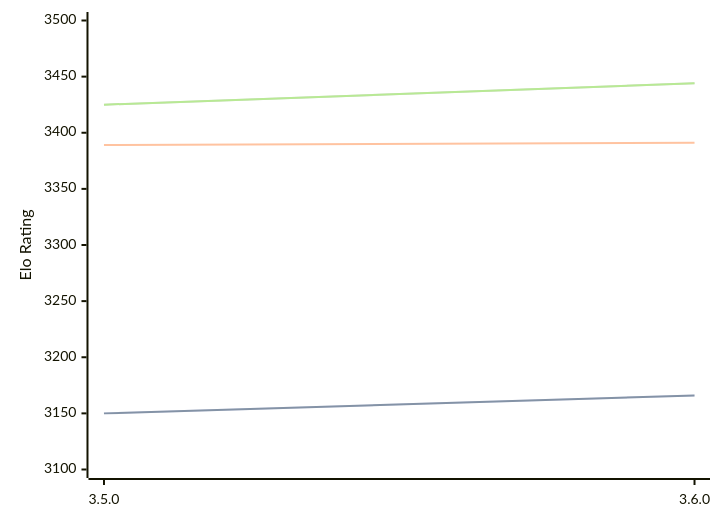
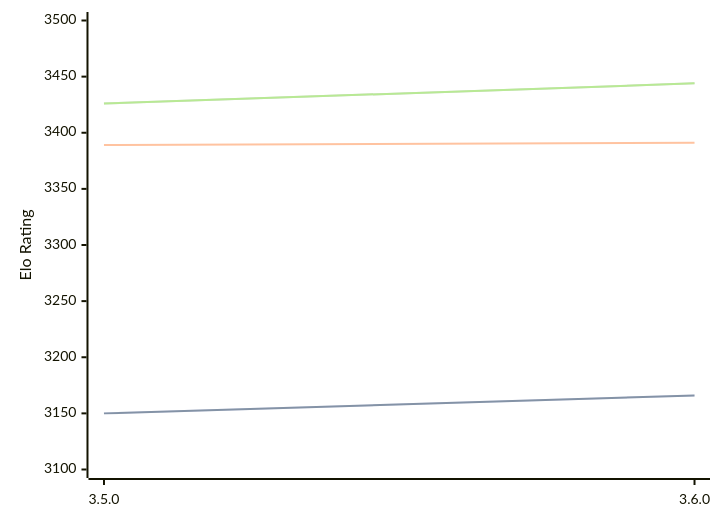
Before and after one commit to computer-chess-index/cci: the first of 3 diagrams in engines/Igel.md, drawn with Mermaid. The commit also changed other lines of this file, not shown here.

Commit message:
Update CCI Ratings (ELO VLTC) - 2026-07-17

````diff
--- a/engines/Igel.md
+++ b/engines/Igel.md
@@ -68,11 +68,11 @@
 ```mermaid
 %%{init: {"theme":"base","themeVariables":{"seriesColors:['#a3a3a3','#222221','#faa371']}}}%%
 xychart-beta
   x-axis ["3.5.0", "3.6.0"]
   y-axis "Elo Rating" 3100 --> 3500
   line "STC (8.0+0.08s)" [3150, 3166]
   line "STC (8.0+0.08s)" [3150, 3166]
   line "LTC (60.0+0.60s)" [3389, 3391]
-  line "VLTC (2m24s+1.12s)" [3425, 3444]
-  line "VLTC (2m24s+1.12s)" [3425, 3444]
+  line "VLTC (2m24s+1.12s)" [3426, 3444]
+  line "VLTC (2m24s+1.12s)" [3426, 3444]
 ```
````
